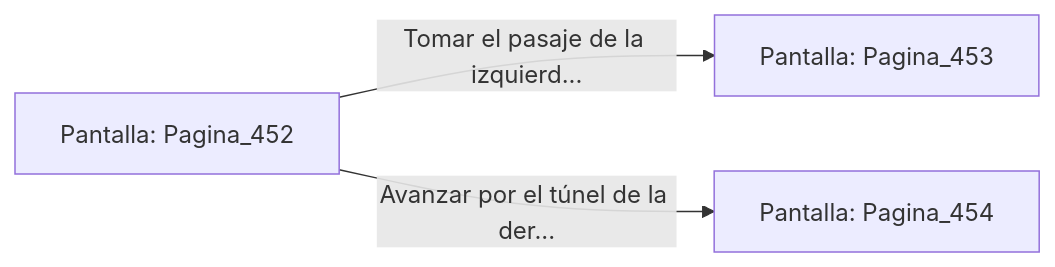
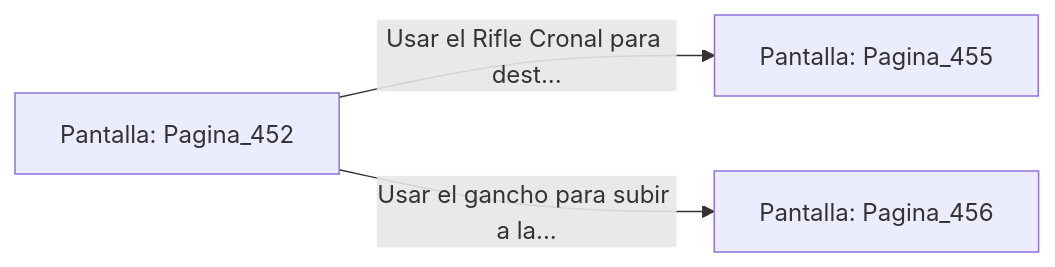
One commit to metsuke/mpl changed the diagram in sample/eligejuego-vault/Pantalla_Pagina_452.md. Above: the diagram before and after it, drawn with Mermaid. The commit also changed other lines of this file and 635 other files, not shown here.

First line of the commit message:
fix: añadir Pagina_1 como pantalla inicial en capitulo_01.mpl

````diff
--- a/sample/eligejuego-vault/Pantalla_Pagina_452.md
+++ b/sample/eligejuego-vault/Pantalla_Pagina_452.md
@@ -20,6 +22,6 @@
 ```mermaid
 graph LR
     P_Pagina_452["Pantalla: Pagina_452"]
-    P_Pagina_452 -->|"Tomar el pasaje de la izquierd..."| P_Pagina_453["Pantalla: Pagina_453"]
-    P_Pagina_452 -->|"Avanzar por el túnel de la der..."| P_Pagina_454["Pantalla: Pagina_454"]
+    P_Pagina_452 -->|"Usar el Rifle Cronal para dest..."| P_Pagina_455["Pantalla: Pagina_455"]
+    P_Pagina_452 -->|"Usar el gancho para subir a la..."| P_Pagina_456["Pantalla: Pagina_456"]
 ```
````
